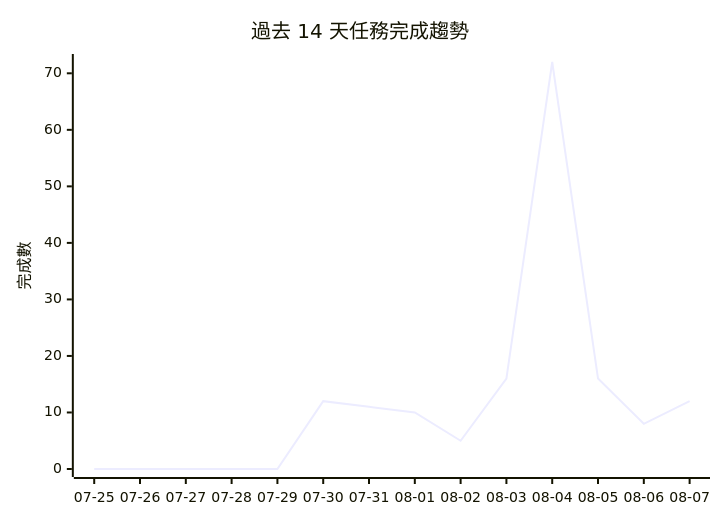
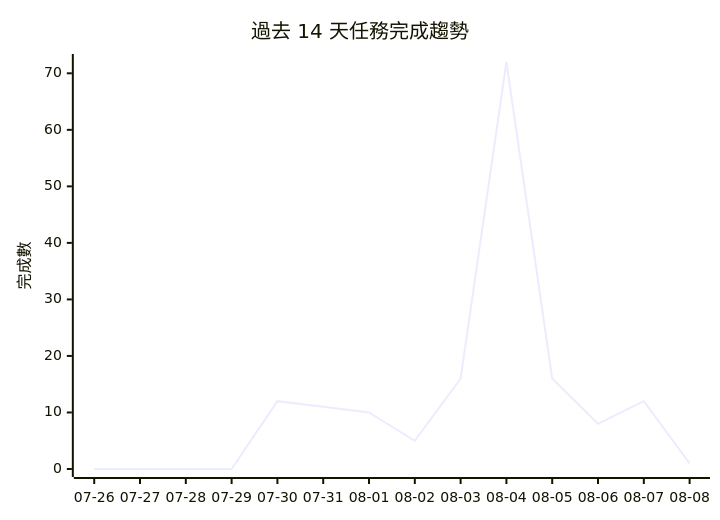
The diagram in PROJECTS.md (gentoobreaking/ai-tasks), drawn with Mermaid before and after one commit. The commit also changed other lines of this file and 63 other files, not shown here.

````diff
--- a/PROJECTS.md
+++ b/PROJECTS.md
@@ -182,7 +181,7 @@
 ```mermaid
 xychart-beta
     title "過去 14 天任務完成趨勢"
-    x-axis ["07-25", "07-26", "07-27", "07-28", "07-29", "07-30", "07-31", "08-01", "08-02", "08-03", "08-04", "08-05", "08-06", "08-07"]
+    x-axis ["07-26", "07-27", "07-28", "07-29", "07-30", "07-31", "08-01", "08-02", "08-03", "08-04", "08-05", "08-06", "08-07", "08-08"]
     y-axis "完成數" 0 --> 72
-    line [0, 0, 0, 0, 0, 12, 11, 10, 5, 16, 72, 16, 8, 12]
+    line [0, 0, 0, 0, 12, 11, 10, 5, 16, 72, 16, 8, 12, 1]
 ```
````
